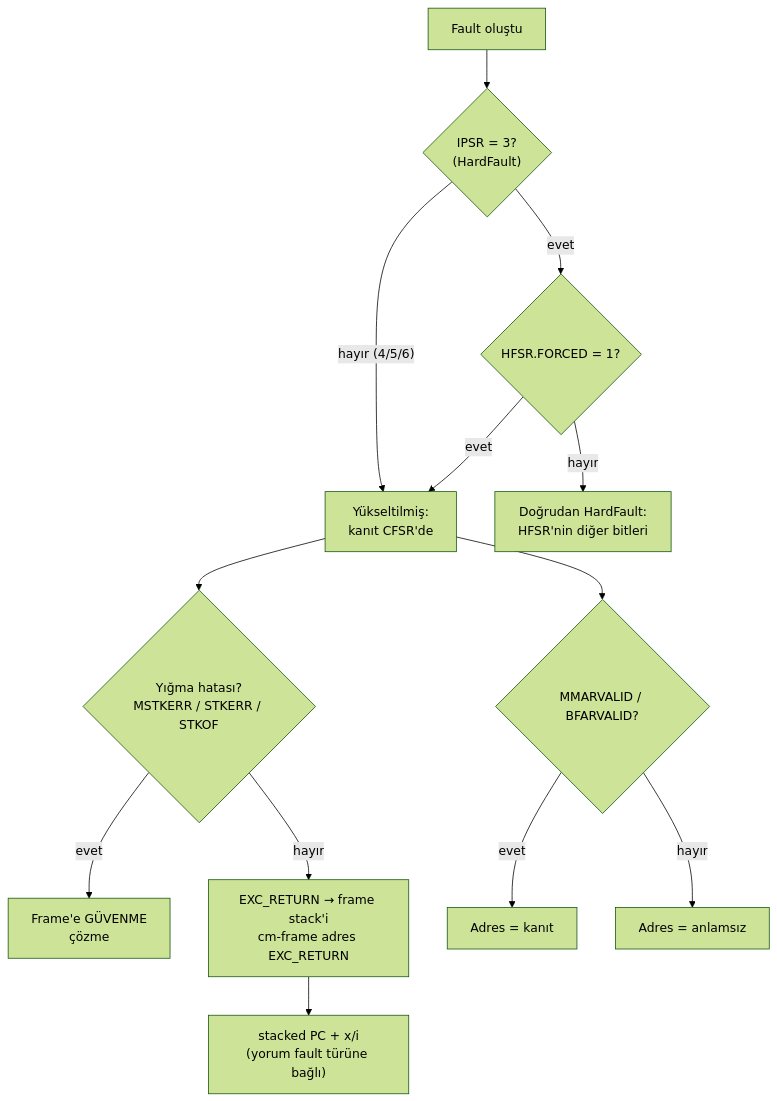
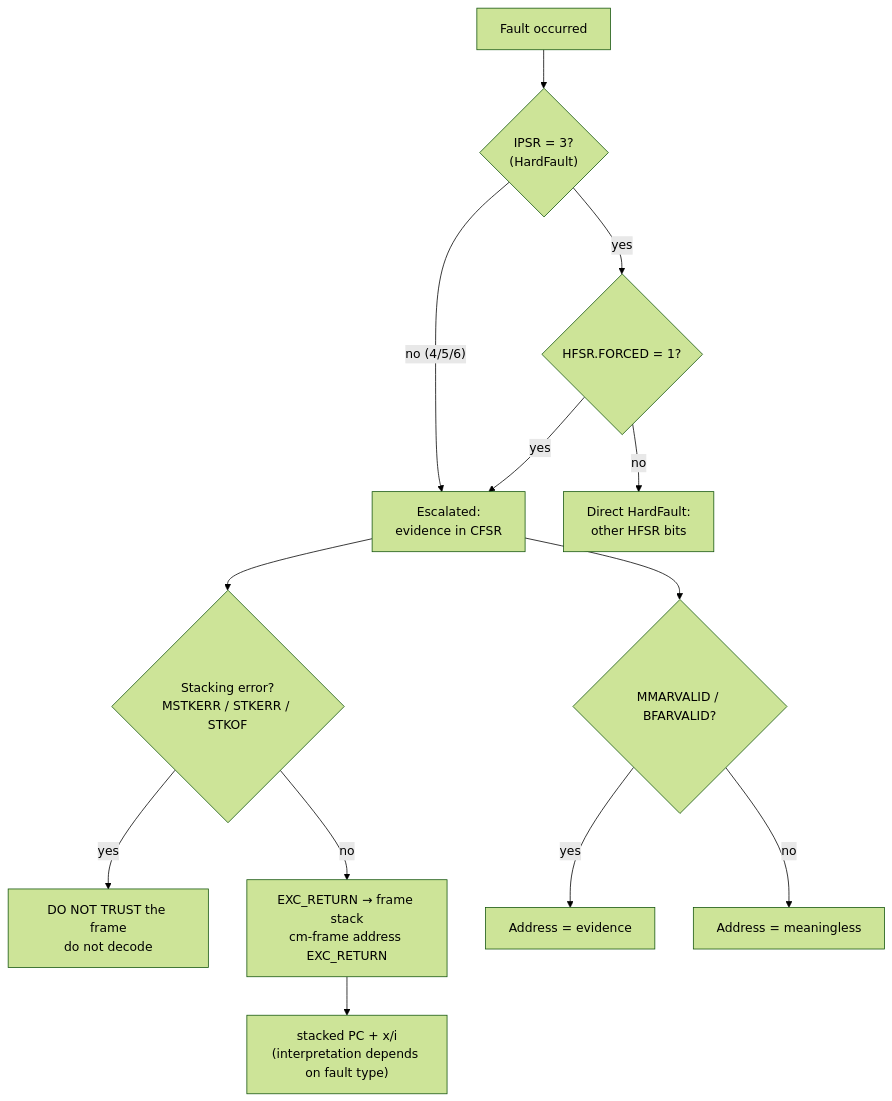
One commit to Merd0/ARM-Cortex-M-Lab changed the diagram in lessons/08-faults/README.md. Above: the diagram before and after it, drawn with Mermaid (forest theme). The commit also changed other lines of this file and 19 other files, not shown here.

````diff
--- a/lessons/08-faults/README.md
+++ b/lessons/08-faults/README.md
@@ -241,15 +241,15 @@
 ```mermaid
 flowchart TD
-    A["Fault oluştu"] --> B{"IPSR = 3?<br/>(HardFault)"}
-    B -- evet --> C{"HFSR.FORCED = 1?"}
-    C -- evet --> D["Yükseltilmiş:<br/>kanıt CFSR'de"]
-    C -- hayır --> E["Doğrudan HardFault:<br/>HFSR'nin diğer bitleri"]
-    B -- "hayır (4/5/6)" --> D
-    D --> F{"Yığma hatası?<br/>MSTKERR / STKERR / STKOF"}
-    F -- evet --> G["Frame'e GÜVENME<br/>çözme"]
-    F -- hayır --> H["EXC_RETURN → frame stack'i<br/>cm-frame adres EXC_RETURN"]
+    A["Fault occurred"] --> B{"IPSR = 3?<br/>(HardFault)"}
+    B -- yes --> C{"HFSR.FORCED = 1?"}
+    C -- yes --> D["Escalated:<br/>evidence in CFSR"]
+    C -- no --> E["Direct HardFault:<br/>other HFSR bits"]
+    B -- "no (4/5/6)" --> D
+    D --> F{"Stacking error?<br/>MSTKERR / STKERR / STKOF"}
+    F -- yes --> G["DO NOT TRUST the frame<br/>do not decode"]
+    F -- no --> H["EXC_RETURN → frame stack<br/>cm-frame address EXC_RETURN"]
     D --> I{"MMARVALID / BFARVALID?"}
-    I -- evet --> J["Adres = kanıt"]
-    I -- hayır --> K["Adres = anlamsız"]
-    H --> L["stacked PC + x/i<br/>(yorum fault türüne bağlı)"]
+    I -- yes --> J["Address = evidence"]
+    I -- no --> K["Address = meaningless"]
+    H --> L["stacked PC + x/i<br/>(interpretation depends on fault type)"]
 ```
````
